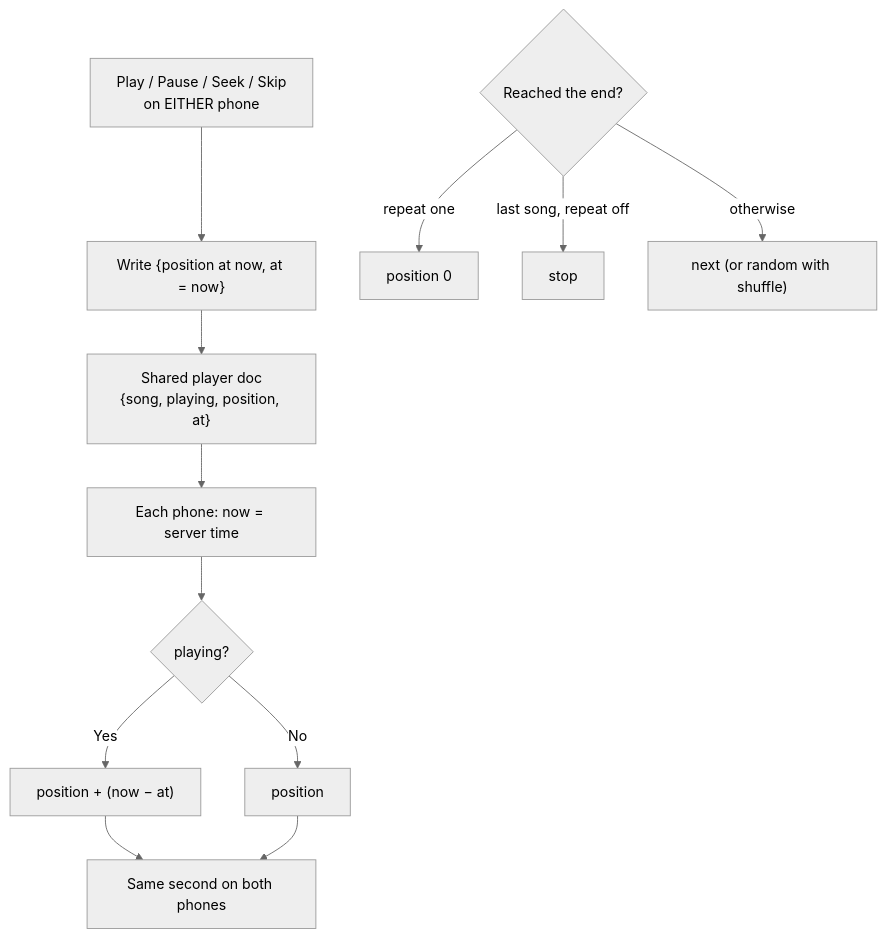
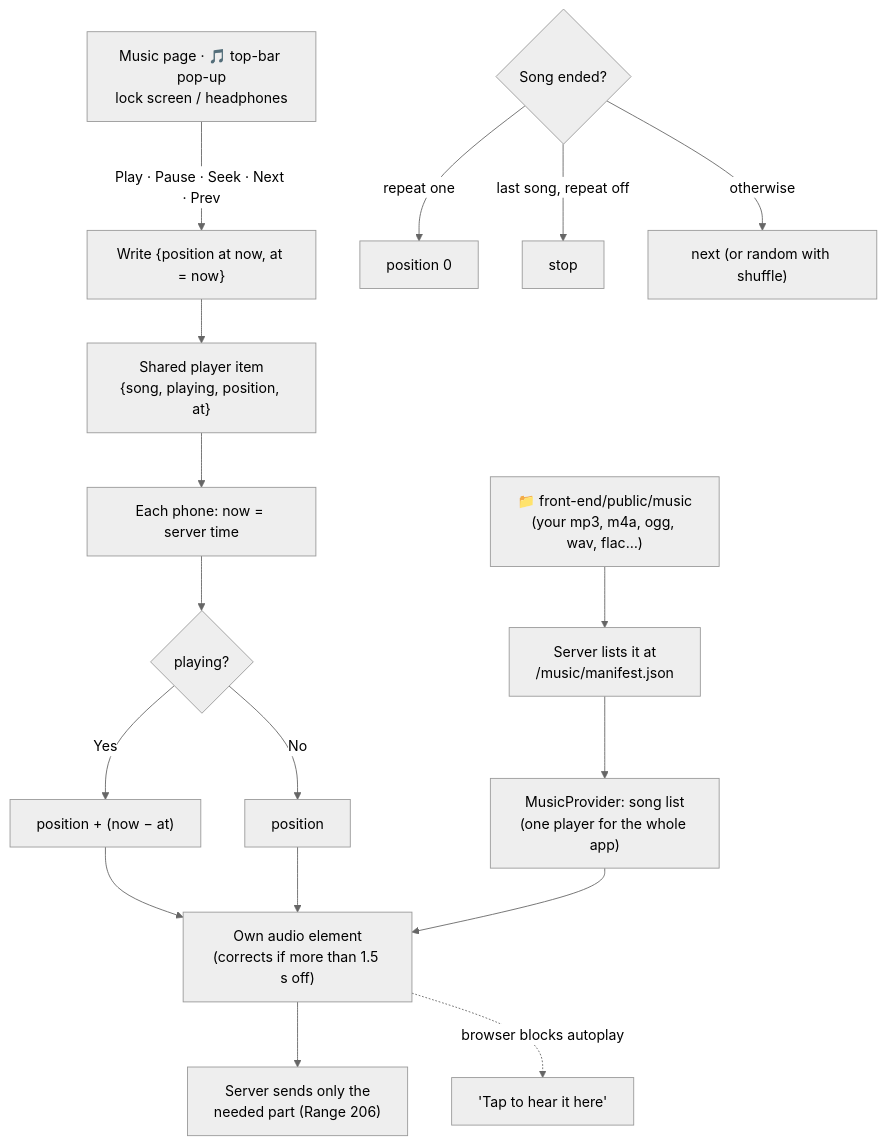
One commit to silent-coder-dev/private-space changed diagram 21 of 27 in front-end/doc/04-flowcharts.md. Above: the diagram before and after it, drawn with Mermaid (neutral theme). The commit also changed other lines of this file and 144 other files, not shown here.

````diff
--- a/front-end/doc/04-flowcharts.md
+++ b/front-end/doc/04-flowcharts.md
@@ -351,13 +455,18 @@
 ```mermaid
 flowchart TD
-    D["Shared player doc<br/>{song, playing, position, at}"] --> N["Each phone: now = server time"]
+    F["📁 front-end/public/music<br/>(your mp3, m4a, ogg, wav, flac…)"] --> MF["Server lists it at<br/>/music/manifest.json"]
+    MF --> SONGS["MusicProvider: song list<br/>(one player for the whole app)"]
+    D["Shared player item<br/>{song, playing, position, at}"] --> N["Each phone: now = server time"]
     N --> P{"playing?"}
     P -->|"Yes"| Q["position + (now − at)"]
     P -->|"No"| R["position"]
-    Q & R --> UI["Same second on both phones"]
-    A["Play / Pause / Seek / Skip<br/>on EITHER phone"] --> S["Write {position at now, at = now}"]
+    Q & R --> AU["Own audio element<br/>(corrects if more than 1.5 s off)"]
+    SONGS --> AU
+    AU --> RNG["Server sends only the<br/>needed part (Range 206)"]
+    C1["Music page · 🎵 top-bar pop-up<br/>lock screen / headphones"] -->|"Play · Pause · Seek · Next · Prev"| S["Write {position at now, at = now}"]
     S --> D
-    E{"Reached the end?"} -->|"repeat one"| S1["position 0"]
+    E{"Song ended?"} -->|"repeat one"| S1["position 0"]
     E -->|"last song, repeat off"| S2["stop"]
     E -->|"otherwise"| S3["next (or random with shuffle)"]
+    AU -.->|"browser blocks autoplay"| TAP["'Tap to hear it here'"]
 ```
````
